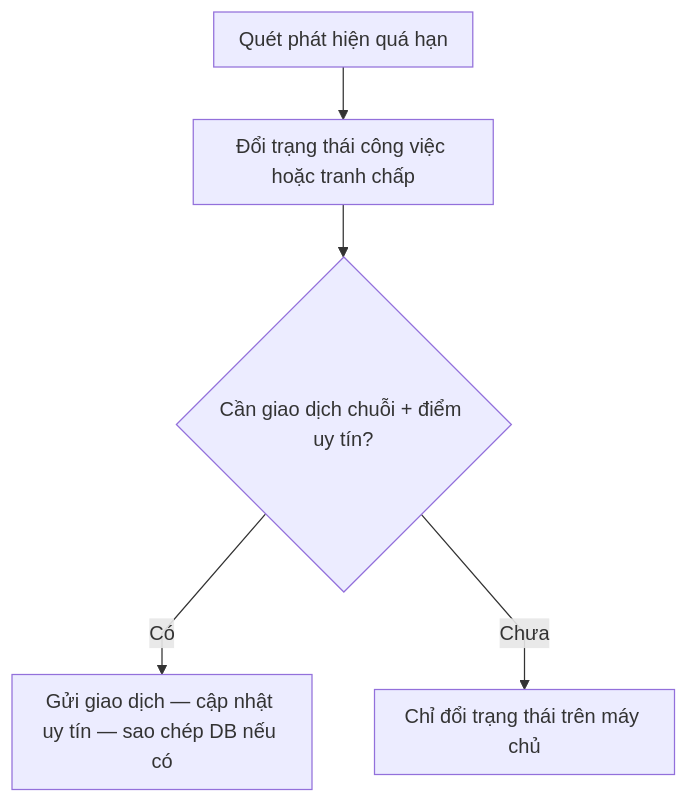
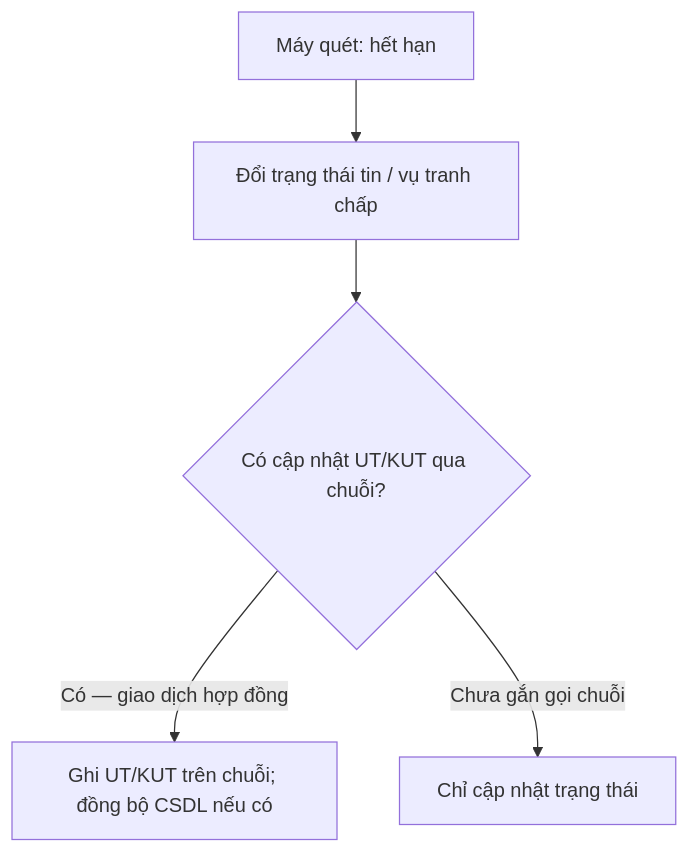
One commit to dmt041104111003/docs-nckh changed the fourth of 4 diagrams in system.md. Above: the diagram before and after it, drawn with Mermaid. The commit also changed other lines of this file and 7 other files, not shown here.

````diff
--- a/system.md
+++ b/system.md
@@ -89,8 +97,7 @@
 ```mermaid
-%%{init: {"flowchart": {"curve": "linear", "padding": 10, "rankSpacing": 42}}}%%
-flowchart TB
-  M[Quét phát hiện quá hạn] --> S[Đổi trạng thái công việc hoặc tranh chấp]
-  S --> R{Cần giao dịch chuỗi + điểm uy tín?}
-  R -->|Có| U[Gửi giao dịch — cập nhật uy tín — sao chép DB nếu có]
-  R -->|Chưa| N[Chỉ đổi trạng thái trên máy chủ]
+flowchart TD
+  M[Máy quét: hết hạn] --> S[Đổi trạng thái tin / vụ tranh chấp]
+  S --> R{Có cập nhật UT/KUT qua chuỗi?}
+  R -->|Có — giao dịch hợp đồng| U[Ghi UT/KUT trên chuỗi; đồng bộ CSDL nếu có]
+  R -->|Chưa gắn gọi chuỗi| N[Chỉ cập nhật trạng thái]
 ```
````
